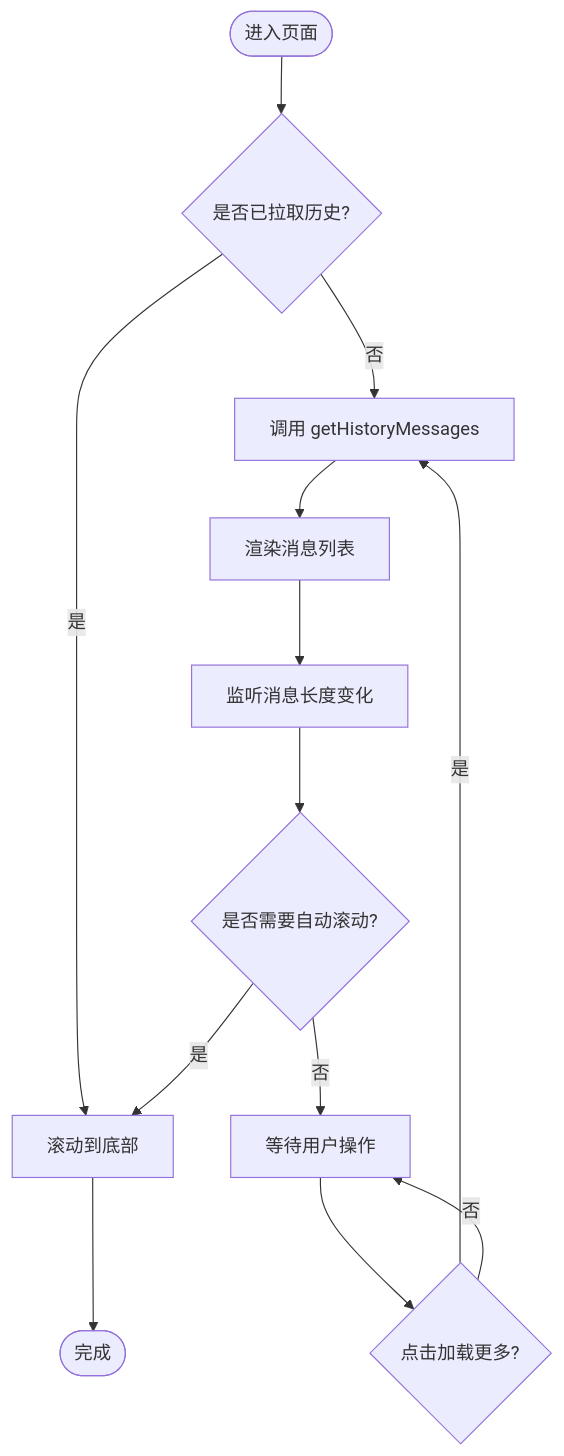
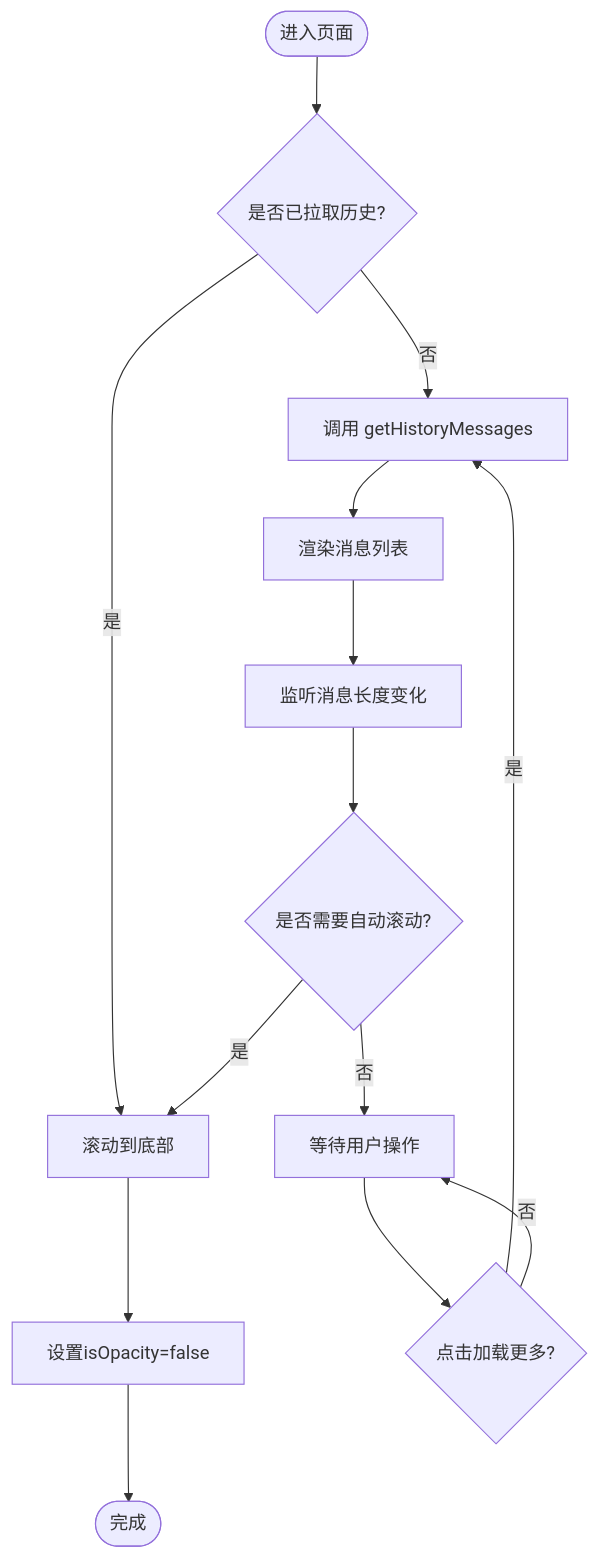
One commit to Easemob-Community/easemob-uikit-uniapp-community changed the third of 6 diagrams in .qoder/repowiki/zh/content/聊天模块/消息列表组件.md. Above: the diagram before and after it, drawn with Mermaid. The commit also changed other lines of this file and 10 other files, not shown here.

````diff
--- a/.qoder/repowiki/zh/content/聊天模块/消息列表组件.md
+++ b/.qoder/repowiki/zh/content/聊天模块/消息列表组件.md
@@ -205,15 +209,16 @@
 ```mermaid
 flowchart TD
 Start(["进入页面"]) --> CheckHistory{"是否已拉取历史?"}
 CheckHistory -- 否 --> Fetch["调用 getHistoryMessages"]
 CheckHistory -- 是 --> ScrollToBottom["滚动到底部"]
 Fetch --> Render["渲染消息列表"]
 Render --> WatchLen["监听消息长度变化"]
 WatchLen --> AutoScroll{"是否需要自动滚动?"}
 AutoScroll -- 是 --> ScrollToBottom
 AutoScroll -- 否 --> Wait["等待用户操作"]
-ScrollToBottom --> Done(["完成"])
+ScrollToBottom --> Opacity["设置isOpacity=false"]
+Opacity --> Done(["完成"])
 Wait --> LoadMore{"点击加载更多?"}
 LoadMore -- 是 --> Fetch
 LoadMore -- 否 --> Wait
 ```
````
